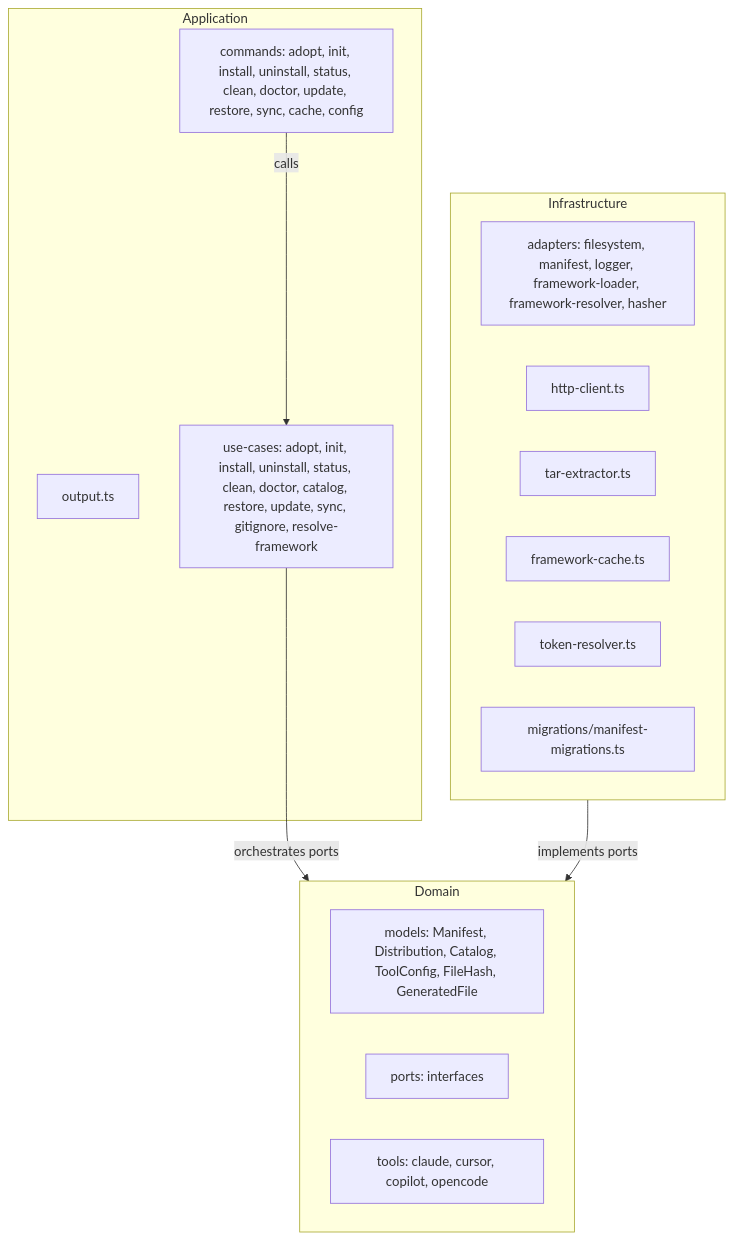
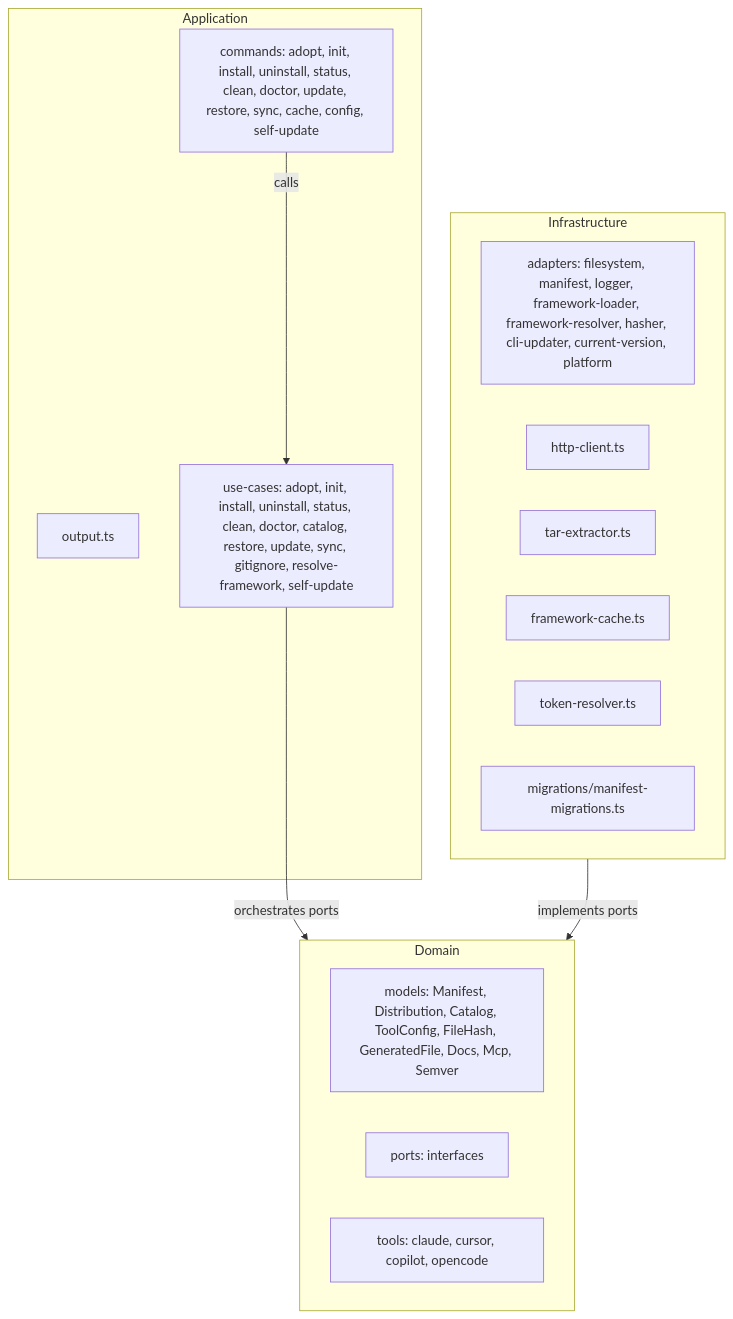
The second of 3 diagrams in aidd_docs/memory/architecture.md (ai-driven-dev/framework), drawn with Mermaid before and after one commit. The commit also changed other lines of this file and 5 other files, not shown here.

````diff
--- a/aidd_docs/memory/architecture.md
+++ b/aidd_docs/memory/architecture.md
@@ -40,24 +40,24 @@
 ```mermaid
 flowchart TD
     subgraph APP["Application"]
-        CMD_FILES["commands: adopt, init, install, uninstall, status, clean, doctor, update, restore, sync, cache, config"]
+        CMD_FILES["commands: adopt, init, install, uninstall, status, clean, doctor, update, restore, sync, cache, config, self-update"]
         OUTPUT["output.ts"]
-        USECASES["use-cases: adopt, init, install, uninstall, status, clean, doctor, catalog, restore, update, sync, gitignore, resolve-framework"]
+        USECASES["use-cases: adopt, init, install, uninstall, status, clean, doctor, catalog, restore, update, sync, gitignore, resolve-framework, self-update"]
     end
     subgraph DOM["Domain"]
-        MODELS["models: Manifest, Distribution, Catalog, ToolConfig, FileHash, GeneratedFile"]
+        MODELS["models: Manifest, Distribution, Catalog, ToolConfig, FileHash, GeneratedFile, Docs, Mcp, Semver"]
         PORTS["ports: interfaces"]
         TOOLS["tools: claude, cursor, copilot, opencode"]
     end
     subgraph INFRA["Infrastructure"]
-        ADAPTERS["adapters: filesystem, manifest, logger, framework-loader, framework-resolver, hasher"]
+        ADAPTERS["adapters: filesystem, manifest, logger, framework-loader, framework-resolver, hasher, cli-updater, current-version, platform"]
         HTTP["http-client.ts"]
         TAR["tar-extractor.ts"]
         CACHE["framework-cache.ts"]
         TOKEN["token-resolver.ts"]
         MIG["migrations/manifest-migrations.ts"]
     end
     CMD_FILES -->|calls| USECASES
     USECASES -->|orchestrates ports| DOM
     INFRA -->|implements ports| DOM
 ```
````
